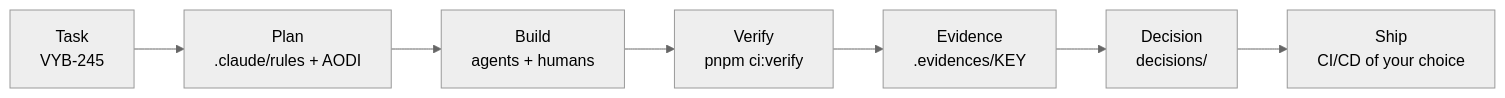
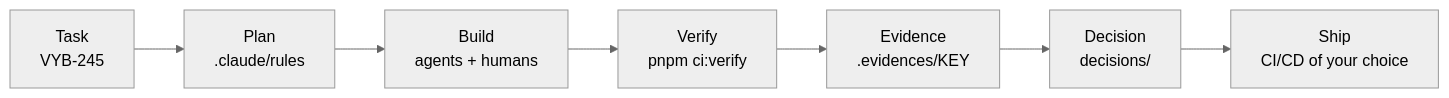
Before and after one commit to polubis/gon-stack: the diagram in README.md, drawn with Mermaid (neutral theme). The commit also changed other lines of this file and 24 other files, not shown here.

````diff
--- a/README.md
+++ b/README.md
@@ -58,9 +58,9 @@
 ```mermaid
 flowchart LR
-  T["Task<br/>VYB-245"] --> P["Plan<br/>.claude/rules + AODI"]
+  T["Task<br/>VYB-245"] --> P["Plan<br/>.claude/rules"]
   P --> B["Build<br/>agents + humans"]
   B --> V["Verify<br/>pnpm ci:verify"]
   V --> E["Evidence<br/>.evidences/KEY"]
   E --> D["Decision<br/>decisions/"]
   D --> S["Ship<br/>CI/CD of your choice"]
 ```
````
